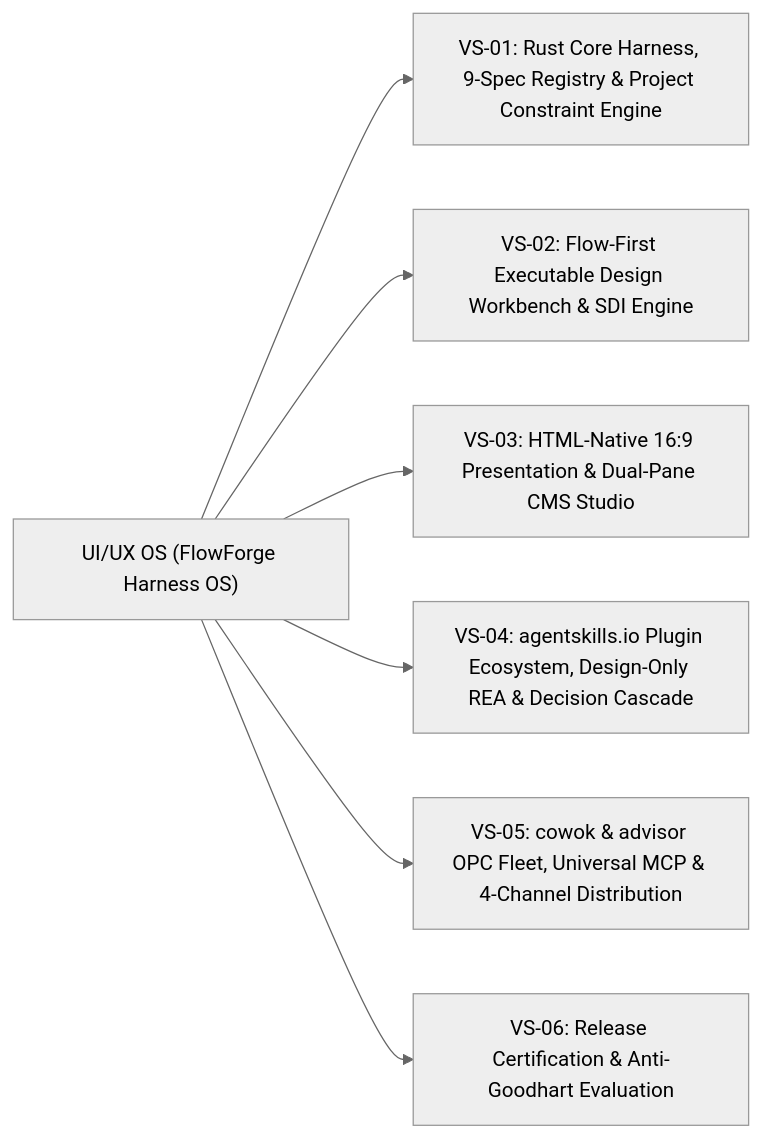
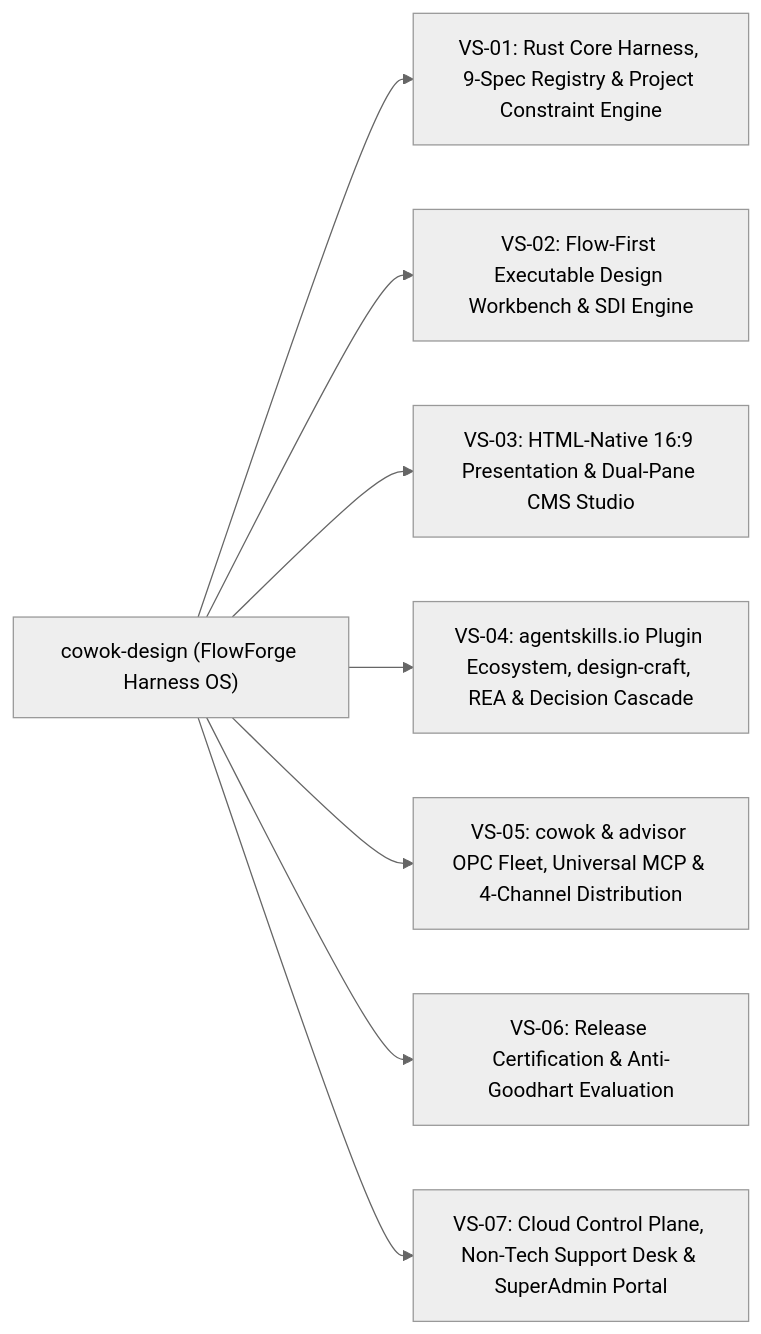
One commit to Nam123321/cowok-design changed the diagram in _iwish-output/2. Product Planning/2.6. feature-hierarchy.md. Above: the diagram before and after it, drawn with Mermaid (neutral theme). The commit also changed other lines of this file and 128 other files, not shown here.

````diff
--- a/_iwish-output/2. Product Planning/2.6. feature-hierarchy.md
+++ b/_iwish-output/2. Product Planning/2.6. feature-hierarchy.md
@@ -23,10 +23,11 @@
 ```mermaid
 flowchart LR
-    ROOT["UI/UX OS (FlowForge Harness OS)"]
+    ROOT["cowok-design (FlowForge Harness OS)"]
     ROOT --> VS1["VS-01: Rust Core Harness, 9-Spec Registry & Project Constraint Engine"]
     ROOT --> VS2["VS-02: Flow-First Executable Design Workbench & SDI Engine"]
     ROOT --> VS3["VS-03: HTML-Native 16:9 Presentation & Dual-Pane CMS Studio"]
-    ROOT --> VS4["VS-04: agentskills.io Plugin Ecosystem, Design-Only REA & Decision Cascade"]
+    ROOT --> VS4["VS-04: agentskills.io Plugin Ecosystem, design-craft, REA & Decision Cascade"]
     ROOT --> VS5["VS-05: cowok & advisor OPC Fleet, Universal MCP & 4-Channel Distribution"]
     ROOT --> VS6["VS-06: Release Certification & Anti-Goodhart Evaluation"]
+    ROOT --> VS7["VS-07: Cloud Control Plane, Non-Tech Support Desk & SuperAdmin Portal"]
 ```
````
